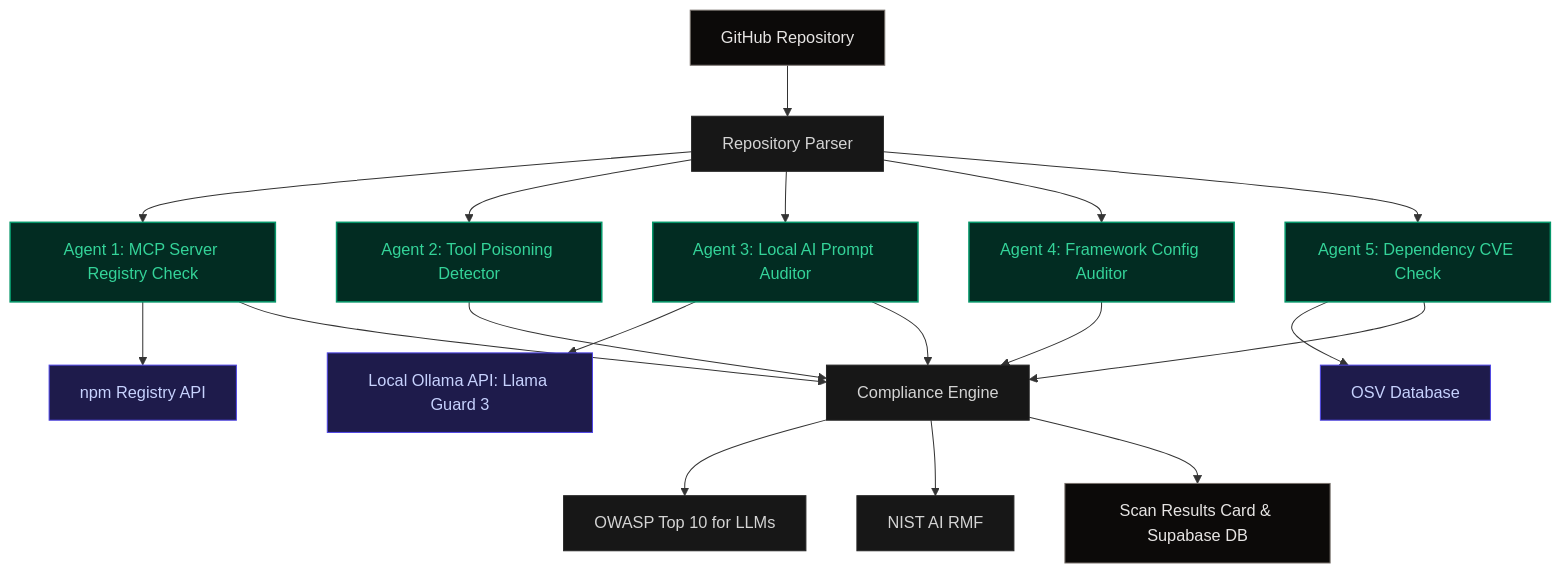
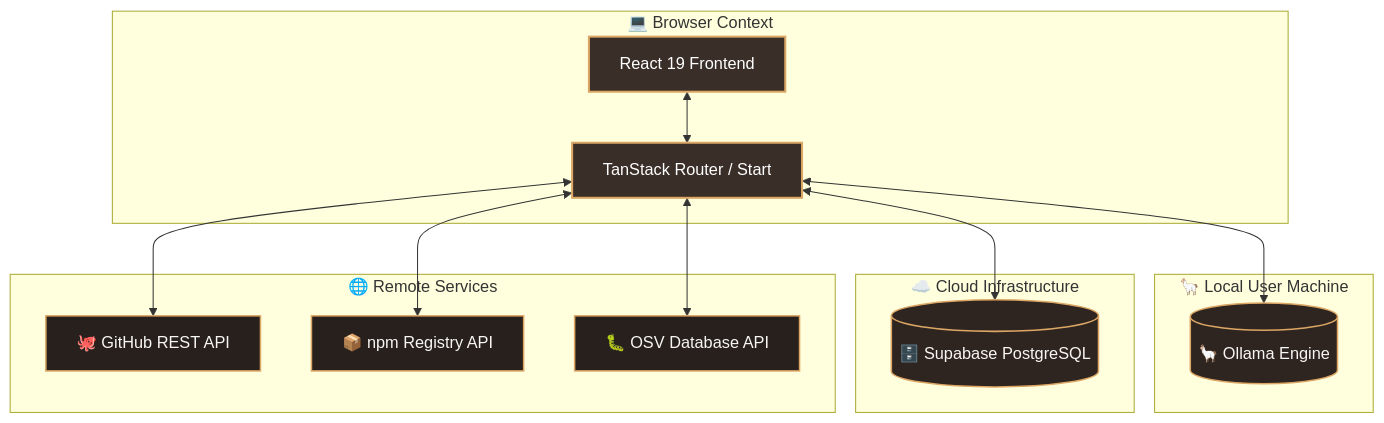
One commit to ritvikindupuri/Ward---MCP-Auditior changed the diagram in README.md. Above: the diagram before and after it, drawn with Mermaid. The commit also changed 1 other file, not shown here.

Commit message:
docs: upgrade architecture and agent flow charts to premium gold-tan themed mermaid diagrams

````diff
--- a/README.md
+++ b/README.md
@@ -40,24 +40,34 @@
 ```mermaid
 flowchart TD
-    A[GitHub Repository]:::database --> B[Repository Parser]:::default
-    B --> C[Agent 1: MCP Server Registry Check]:::highlight
-    B --> D[Agent 2: Tool Poisoning Detector]:::highlight
-    B --> E[Agent 3: Local AI Prompt Auditor]:::highlight
-    B --> F[Agent 4: Framework Config Auditor]:::highlight
-    B --> G[Agent 5: Dependency CVE Check]:::highlight
+    %% Define style variables matching cozy dark tan / gold theme
+    classDef default fill:#27201c,stroke:#dca664,stroke-width:1.5px,color:#f8f6f5;
+    classDef browser fill:#3a2e28,stroke:#dca664,stroke-width:2px,color:#fff;
+    classDef engine fill:#1f1916,stroke:#e85d04,stroke-width:2px,color:#fffaeb;
+    classDef db fill:#2f2520,stroke:#dca664,stroke-width:1.5px,color:#f8f6f5;
+
+    subgraph BROWSER ["💻 Browser Context"]
+        Client["React 19 Frontend"]:::browser
+        Router["TanStack Router / Start"]:::browser
+        Client <--> Router
+    end
     
-    C --> H[npm Registry API]:::api
-    G --> I[OSV Database]:::api
-    E --> J[Local Ollama API: Llama Guard 3]:::api
+    subgraph USER_MACHINE ["🦙 Local User Machine"]
+        Ollama[("🦙 Ollama Engine")]:::db
+    end
     
-    C & D & E & F & G --> K[Compliance Engine]:::default
-    K --> L[OWASP Top 10 for LLMs]:::default
-    K --> M[NIST AI RMF]:::default
+    subgraph CLOUD ["☁️ Cloud Infrastructure"]
+        DB[("🗄️ Supabase PostgreSQL")]:::db
+    end
     
-    K --> N[Scan Results Card & Supabase DB]:::database
-
-    classDef default fill:#171717,stroke:#262626,stroke-width:1px,color:#d4d4d4;
-    classDef highlight fill:#022c22,stroke:#059669,stroke-width:1.5px,color:#34d399;
-    classDef api fill:#1e1b4b,stroke:#4f46e5,stroke-width:1px,color:#c7d2fe;
-    classDef database fill:#0c0a09,stroke:#78716c,stroke-width:1px,color:#e7e5e4;
+    subgraph SERVICES ["🌐 Remote Services"]
+        GitHub["🐙 GitHub REST API"]:::default
+        NPM["📦 npm Registry API"]:::default
+        OSV["🐛 OSV Database API"]:::default
+    end
+    
+    Router <--> DB
+    Router <--> GitHub
+    Router <--> Ollama
+    Router <--> NPM
+    Router <--> OSV
 ```
````
